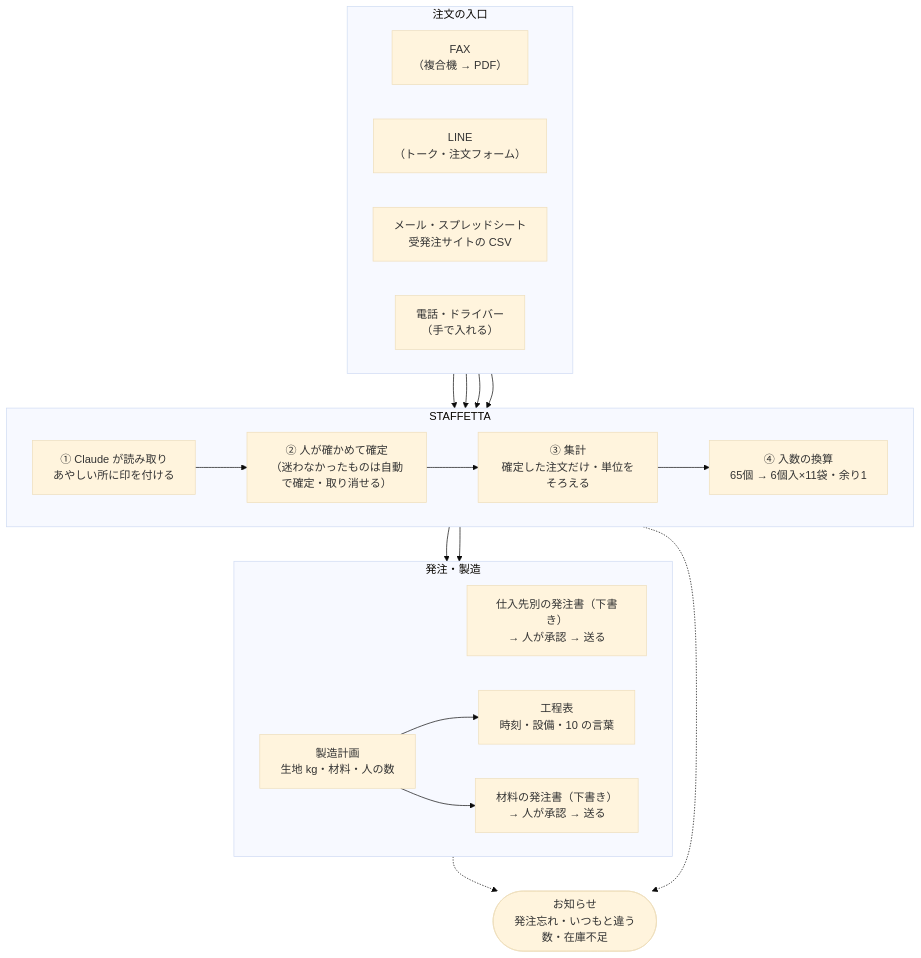
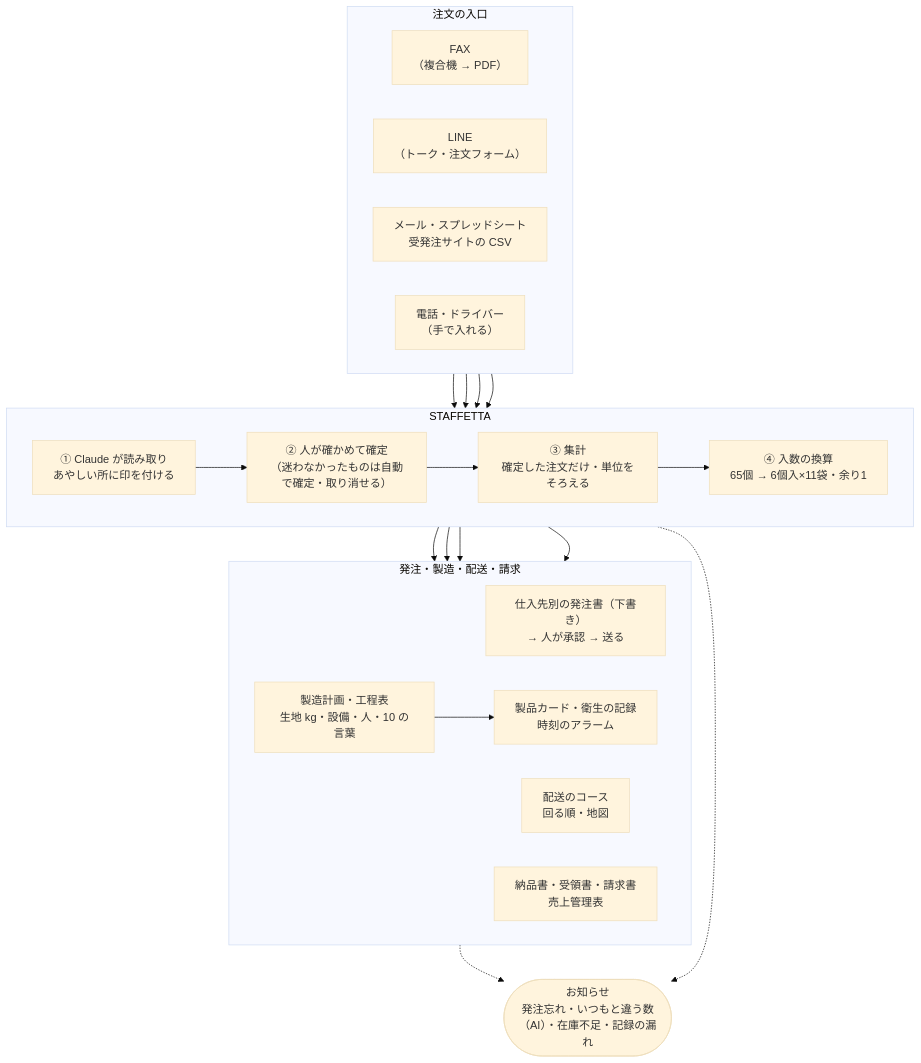
Before and after one commit to cameliya-tomoiida/staffetta: the diagram in README.md, drawn with Mermaid (base theme). The commit also changed other lines of this file and 9 other files, not shown here.

````diff
--- a/README.md
+++ b/README.md
@@ -48,40 +51,42 @@
 ```mermaid
 flowchart TB
   subgraph IN["注文の入口"]
     direction LR
     fax["FAX<br>（複合機 → PDF）"]
     line["LINE<br>（トーク・注文フォーム）"]
     mail["メール・スプレッドシート<br>受発注サイトの CSV"]
     tel["電話・ドライバー<br>（手で入れる）"]
   end
 
   subgraph HUB["STAFFETTA"]
     direction LR
     read["① Claude が読み取り<br>あやしい所に印を付ける"]
     check["② 人が確かめて確定<br>（迷わなかったものは自動で確定・取り消せる）"]
     sum["③ 集計<br>確定した注文だけ・単位をそろえる"]
     conv["④ 入数の換算<br>65個 → 6個入×11袋・余り1"]
     read --> check --> sum --> conv
   end
 
-  subgraph OUT["発注・製造"]
+  subgraph OUT["発注・製造・配送・請求"]
     direction LR
     po["仕入先別の発注書（下書き）<br>→ 人が承認 → 送る"]
-    plan["製造計画<br>生地 kg・材料・人の数"]
-    tt["工程表<br>時刻・設備・10 の言葉"]
-    mat["材料の発注書（下書き）<br>→ 人が承認 → 送る"]
-    plan --> tt
-    plan --> mat
+    plan["製造計画・工程表<br>生地 kg・設備・人・10 の言葉"]
+    card["製品カード・衛生の記録<br>時刻のアラーム"]
+    route["配送のコース<br>回る順・地図"]
+    slip["納品書・受領書・請求書<br>売上管理表"]
+    plan --> card
   end
 
   fax --> read
   line --> read
   mail --> read
   tel --> check
   conv --> po
   conv --> plan
+  conv --> route
+  conv --> slip
 
-  alert(["お知らせ<br>発注忘れ・いつもと違う数・在庫不足"])
+  alert(["お知らせ<br>発注忘れ・いつもと違う数（AI）・在庫不足・記録の漏れ"])
   HUB -.-> alert
   OUT -.-> alert
 ```
````
